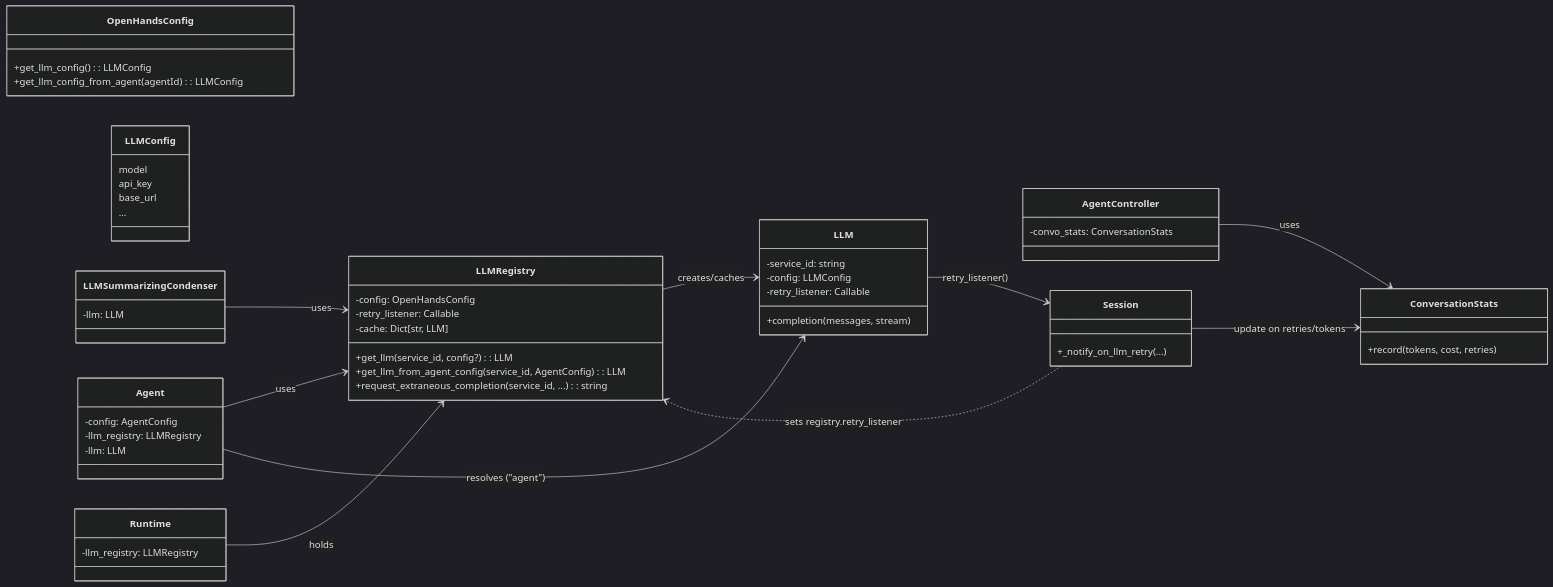
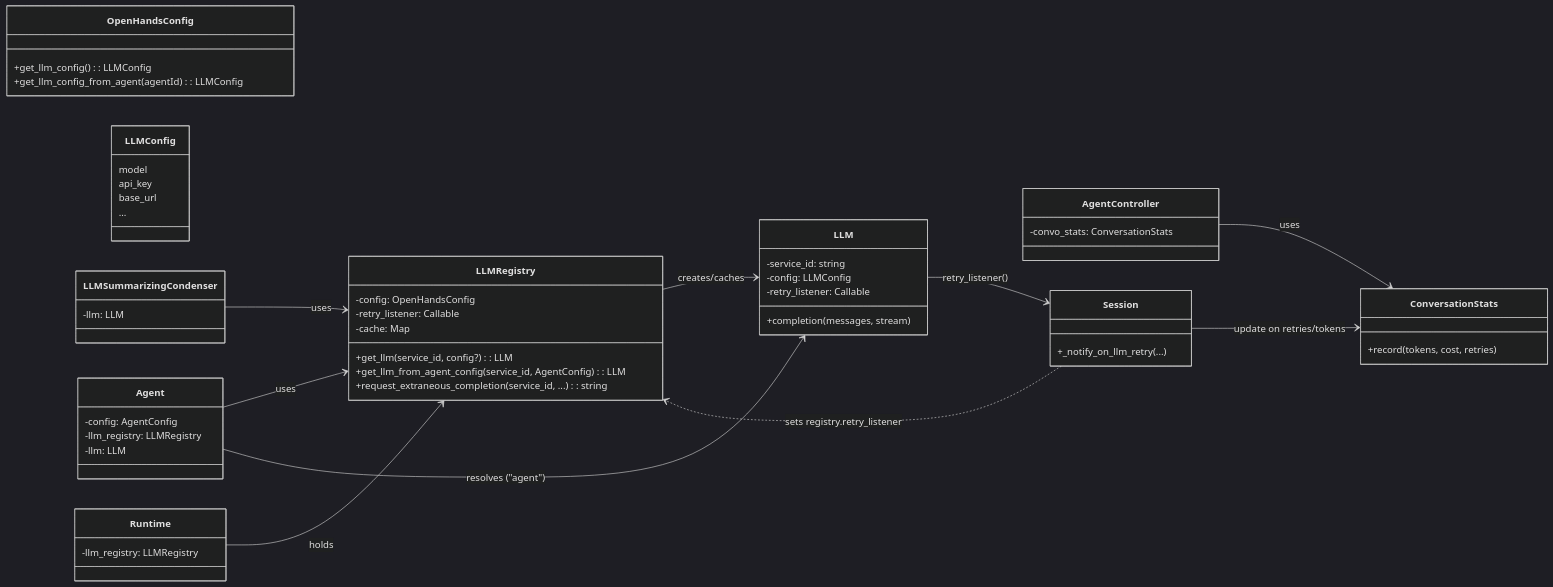
Before and after one commit to All-Hands-AI/OpenHands: the third of 5 diagrams in docs/usage/architecture/backend.mdx, drawn with Mermaid (dark theme). The commit also changed other lines of this file, not shown here.

Commit message:
docs: fix Mermaid syntax for MDX/GitHub compatibility (map type + Note quoting)\n\nCo-authored-by: OpenHands-GPT-5 openhands@all-hands.dev

````diff
--- a/docs/usage/architecture/backend.mdx
+++ b/docs/usage/architecture/backend.mdx
@@ -119,54 +119,54 @@
 ```mermaid
 classDiagram
   direction LR
 
   class OpenHandsConfig {
     +get_llm_config(): LLMConfig
     +get_llm_config_from_agent(agentId): LLMConfig
   }
 
   class LLMConfig {
     model
     api_key
     base_url
     ...
   }
 
   class LLMRegistry {
     -config: OpenHandsConfig
     -retry_listener: Callable
-    -cache: Dict[str, LLM]
+    -cache: Map<string, LLM>
     +get_llm(service_id, config?): LLM
     +get_llm_from_agent_config(service_id, AgentConfig): LLM
     +request_extraneous_completion(service_id, ...): string
   }
 
   class LLM {
     -service_id: string
     -config: LLMConfig
     -retry_listener: Callable
     +completion(messages, stream)
   }
 
   class Agent {
     -config: AgentConfig
     -llm_registry: LLMRegistry
     -llm: LLM
   }
 
   class LLMSummarizingCondenser { -llm: LLM }
   class Runtime { -llm_registry: LLMRegistry }
   class AgentController { -convo_stats: ConversationStats }
   class ConversationStats { +record(tokens, cost, retries) }
   class Session { +_notify_on_llm_retry(...) }
 
   LLMRegistry --> LLM : creates/caches
   Agent --> LLMRegistry : uses
   Agent --> LLM : resolves ("agent")
   LLMSummarizingCondenser --> LLMRegistry : uses
   Runtime --> LLMRegistry : holds
   AgentController --> ConversationStats : uses
   LLM --> Session : retry_listener()
   Session ..> LLMRegistry : sets registry.retry_listener
   Session --> ConversationStats : update on retries/tokens
 ```
````
